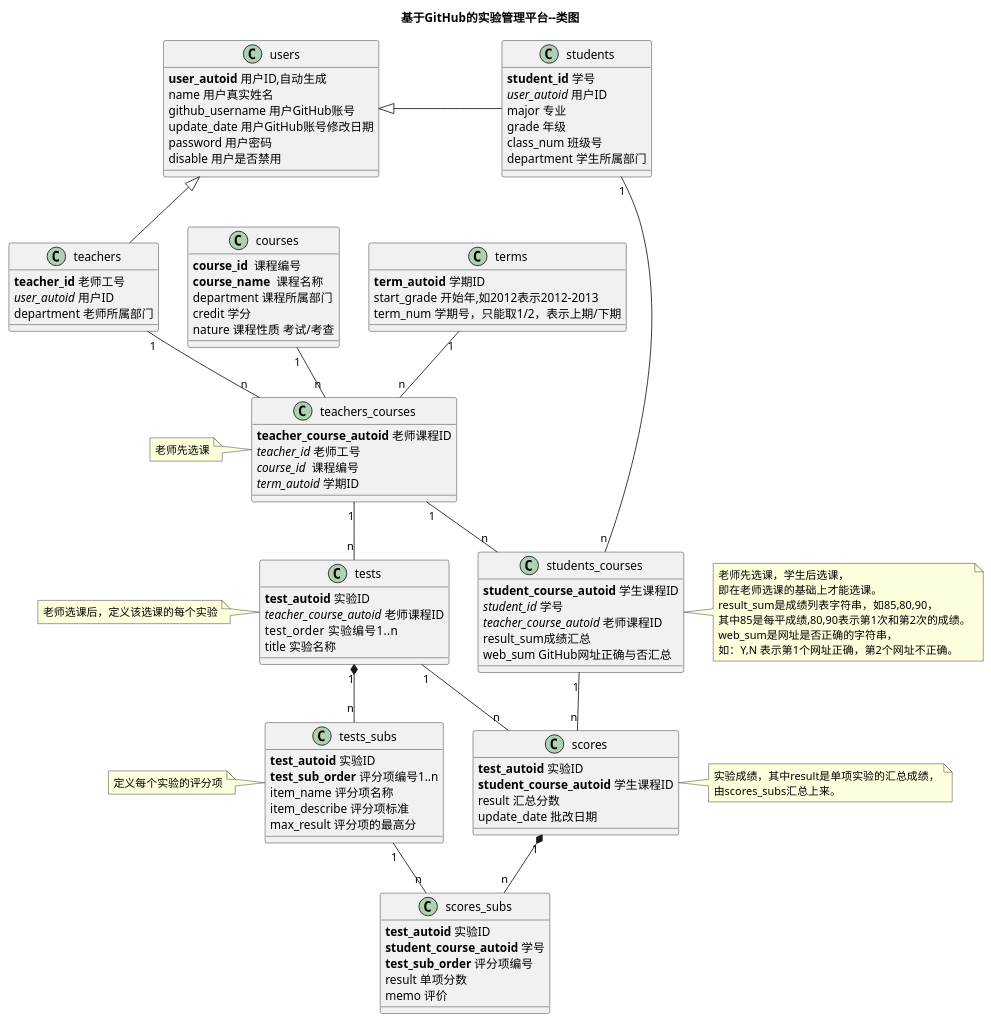
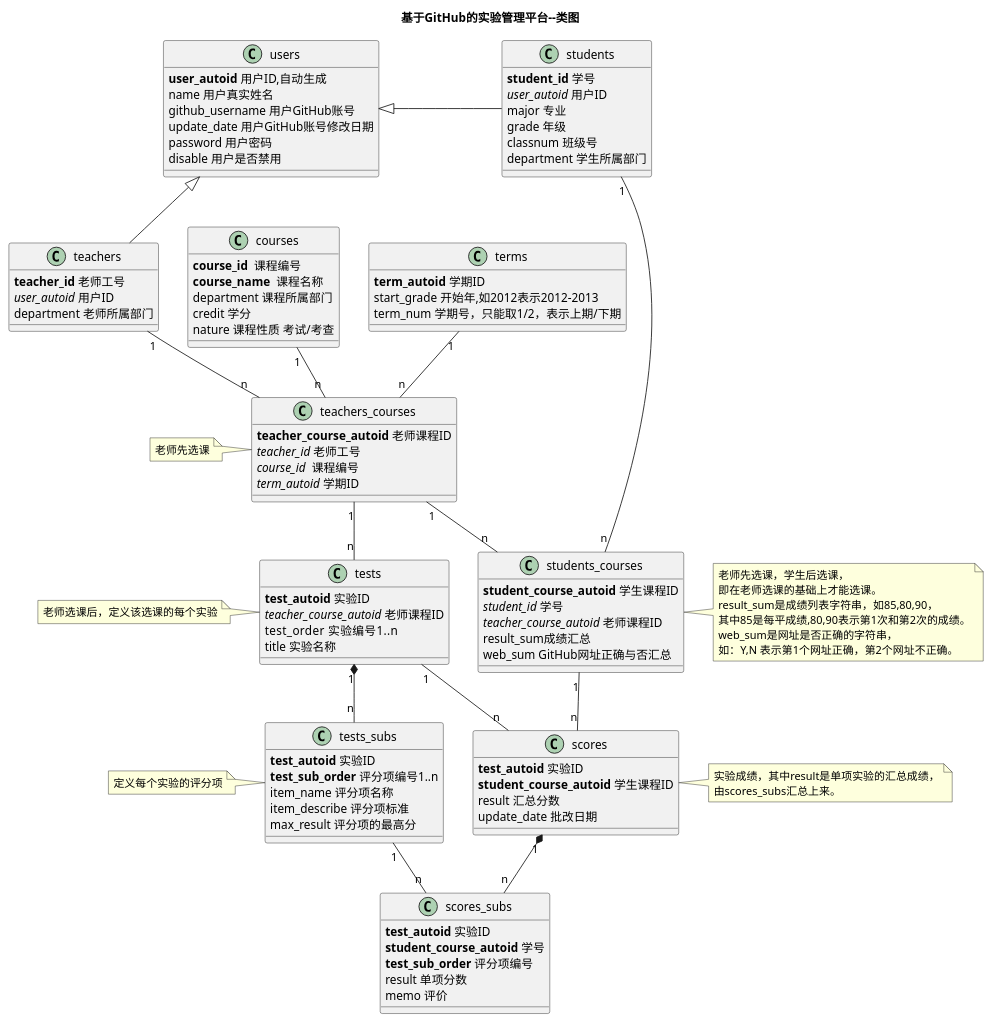
Before and after one commit to wangmingran9527/is_analysis-1: the diagram in 项目/实验平台/doc/src_version2/class.puml, drawn with PlantUML. The commit also changed 10 other files, not shown here.

```diff
--- a/项目/实验平台/doc/src_version2/class.puml
+++ b/项目/实验平台/doc/src_version2/class.puml
@@ -1,109 +1,109 @@
 @startuml
 title 基于GitHub的实验管理平台--类图
 class users {
     <b>user_autoid</b> 用户ID,自动生成
     name 用户真实姓名
     github_username 用户GitHub账号
     update_date 用户GitHub账号修改日期
     password 用户密码
     disable 用户是否禁用
 }
 class teachers{
     <b>teacher_id</b> 老师工号
     <I>user_autoid</I> 用户ID
     department 老师所属部门
 }
 class courses{
     <b>course_id</b>  课程编号
     <b>course_name</b>  课程名称
     department 课程所属部门
     credit 学分
     nature 课程性质 考试/考查
 }
 class terms{
     <b>term_autoid</b> 学期ID
     start_grade 开始年,如2012表示2012-2013
     term_num 学期号，只能取1/2，表示上期/下期
 }
 class teachers_courses{
     <b>teacher_course_autoid</b> 老师课程ID
     <I>teacher_id</I> 老师工号
     <I>course_id</I>  课程编号
     <I>term_autoid</I> 学期ID
 }
 
 class students_courses{
     <b>student_course_autoid</b> 学生课程ID
     <I>student_id</I> 学号
     <I>teacher_course_autoid</I> 老师课程ID
     result_sum成绩汇总
     web_sum GitHub网址正确与否汇总
 }
 
 class students{
     <b>student_id</b> 学号
     <I>user_autoid</I> 用户ID
     major 专业
     grade 年级
-    class_num 班级号
+    classnum 班级号
     department 学生所属部门
 }
 users <|- students
 users <|-- teachers
 
 
 class scores {
     <b>test_autoid</b> 实验ID
     <b>student_course_autoid</b> 学生课程ID
     result 汇总分数
     update_date 批改日期
 }
 
 class tests {
     <b>test_autoid</b> 实验ID
     <I>teacher_course_autoid</I> 老师课程ID
     test_order   实验编号1..n
     title 实验名称
 
 }
 
 class tests_subs {
     <b>test_autoid</b> 实验ID
     <b>test_sub_order</b> 评分项编号1..n
     item_name 评分项名称
     item_describe 评分项标准
     max_result 评分项的最高分
 }
 
 class scores_subs {
     <b>test_autoid</b> 实验ID
     <b>student_course_autoid</b> 学号
     <b>test_sub_order</b> 评分项编号
     result 单项分数
     memo 评价
 }
 
 terms  "1" -- "n"  teachers_courses
 teachers  "1" -- "n"  teachers_courses
 courses  "1" -- "n"  teachers_courses
 
 students "1" -right- "n"  students_courses
 
 teachers_courses  "1" -- "n"  tests
 
 teachers_courses "1" -- "n"  students_courses
 
 tests "1" -- "n"  scores
 tests "1" *-- "n"  tests_subs
 
 scores "1" *-- "n"  scores_subs
 tests_subs "1" -- "n"  scores_subs
 
 students_courses "1" -- "n"  scores
 
 note left of tests : 老师选课后，定义该选课的每个实验
 note left of tests_subs : 定义每个实验的评分项
 note left of teachers_courses : 老师先选课
 note right of students_courses : 老师先选课，学生后选课，\n即在老师选课的基础上才能选课。\nresult_sum是成绩列表字符串，如85,80,90，\n其中85是每平成绩,80,90表示第1次和第2次的成绩。\nweb_sum是网址是否正确的字符串，\n如：Y,N 表示第1个网址正确，第2个网址不正确。
 note right of scores : 实验成绩，其中result是单项实验的汇总成绩，\n由scores_subs汇总上来。
 @enduml
```
